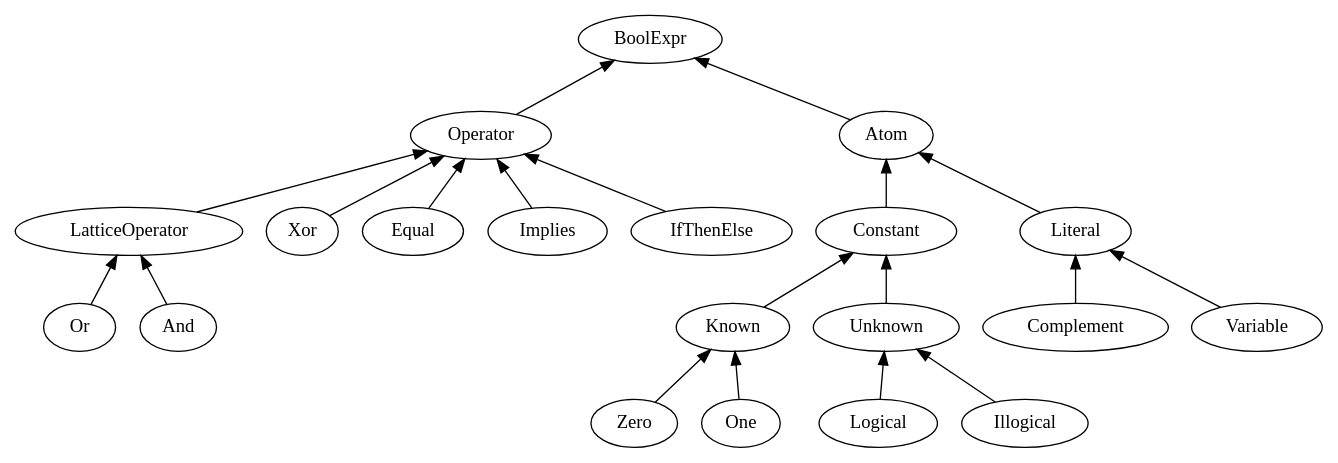
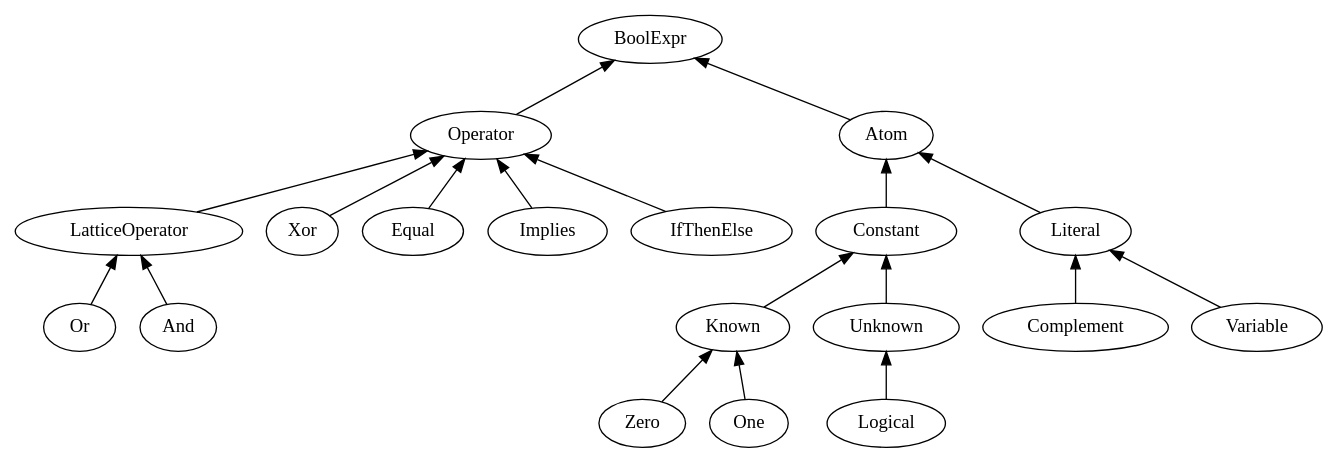
The diagram in doc/source/pyapiref.rst (cjdrake/boolexpr), drawn with Graphviz before and after one commit. The commit also changed other lines of this file and 1 other file, not shown here.

Commit message:
Make Illogical an unfeature

```diff
--- a/doc/source/pyapiref.rst
+++ b/doc/source/pyapiref.rst
@@ -21,25 +21,24 @@
 .. graphviz::
 
    digraph bxhier {
        rankdir="BT"
 
        Atom -> BoolExpr
        Operator -> BoolExpr
        Constant -> Atom
        Literal -> Atom
        Known -> Constant
        Unknown -> Constant
        Zero -> Known
        One -> Known
        Logical -> Unknown
-       Illogical -> Unknown
        Complement -> Literal
        Variable -> Literal
        LatticeOperator -> Operator
        Or -> LatticeOperator
        And -> LatticeOperator
        Xor -> Operator
        Equal -> Operator
        Implies -> Operator
        IfThenElse -> Operator
    }
```
